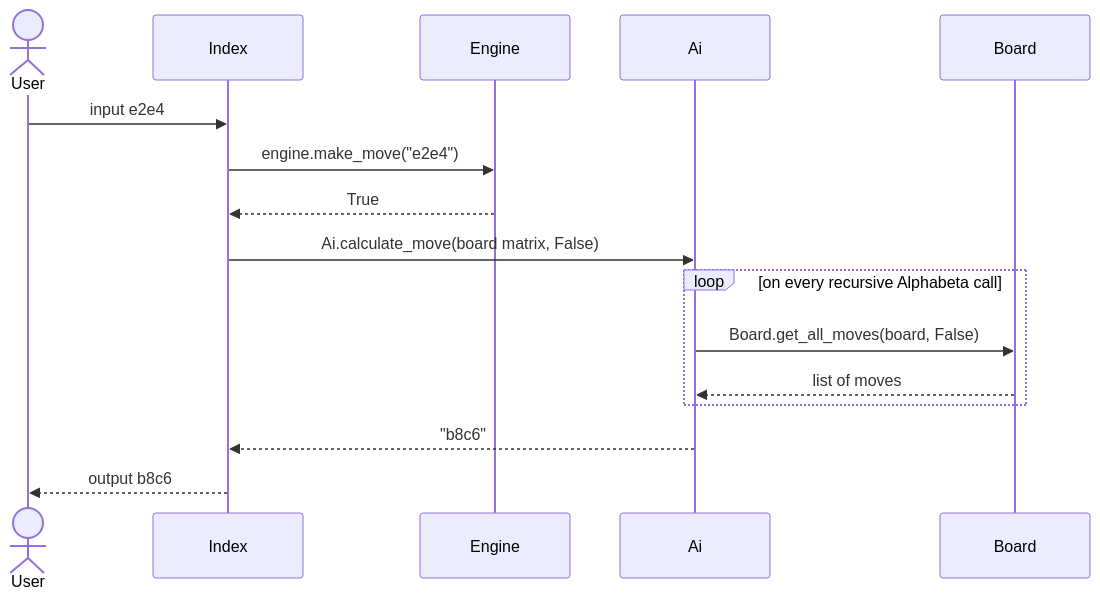
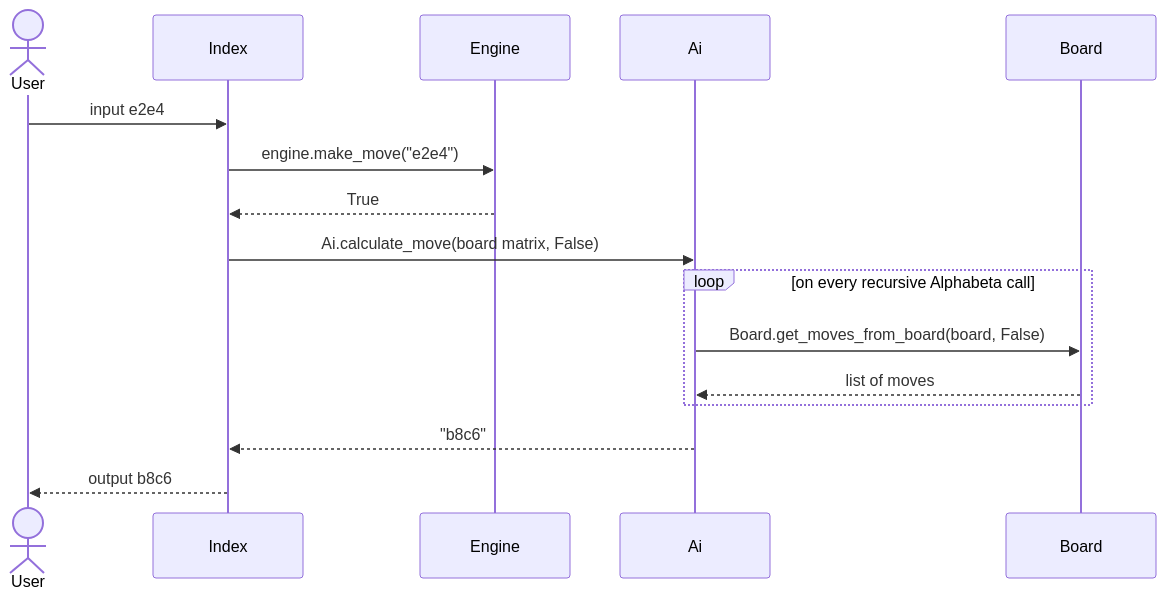
The diagram in documentation/implementation.md (rikumat/chess-engine), drawn with Mermaid before and after one commit. The commit also changed 3 other files, not shown here.

````diff
--- a/documentation/implementation.md
+++ b/documentation/implementation.md
@@ -22,19 +22,19 @@
 ```mermaid
 sequenceDiagram
   actor User
   participant Index
   participant Engine
   participant Ai
   participant Board
 
 User ->> Index:input e2e4
 Index ->> Engine: engine.make_move("e2e4")
 Engine -->> Index: True
 Index ->> Ai: Ai.calculate_move(board matrix, False)
 loop on every recursive Alphabeta call
-  Ai ->> Board: Board.get_all_moves(board, False)
+  Ai ->> Board: Board.get_moves_from_board(board, False)
   Board -->> Ai: list of moves
     end
 Ai -->> Index: "b8c6"
 Index -->> User: output b8c6
   ```
````
